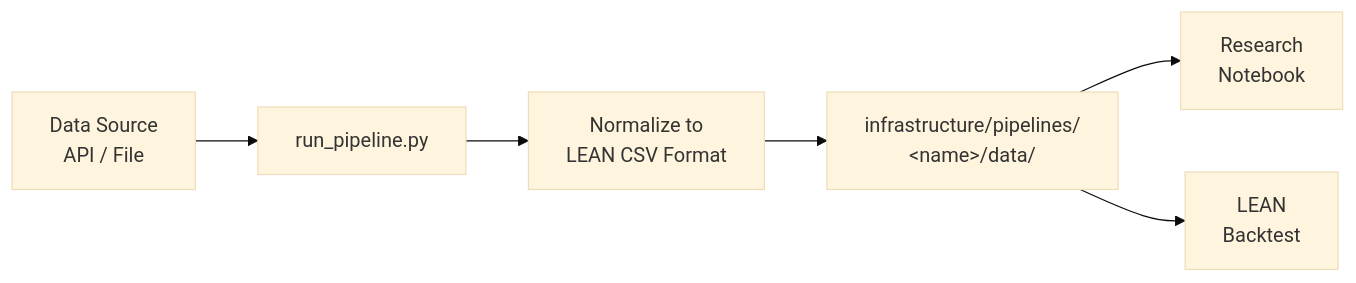
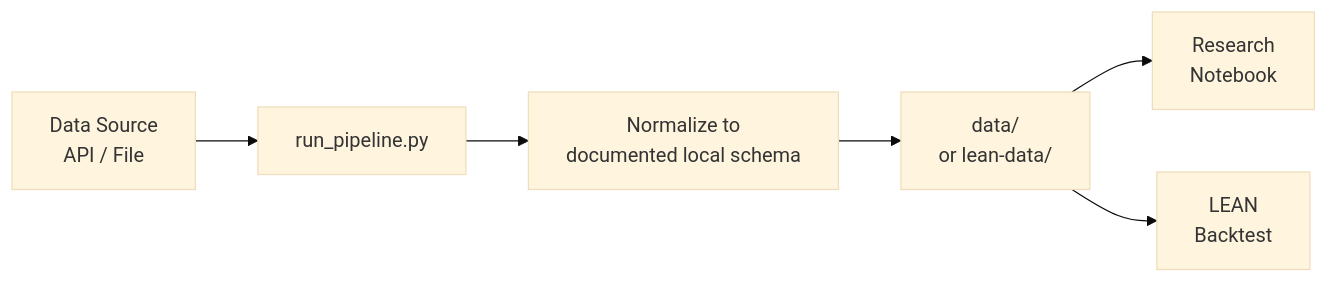
The diagram in docs/pipelines/index.md (WolfpackOfOne/Q-agent), drawn with Mermaid (base theme) before and after one commit. The commit also changed other lines of this file, not shown here.

````diff
--- a/docs/pipelines/index.md
+++ b/docs/pipelines/index.md
@@ -66,8 +74,8 @@
 ```mermaid
 graph LR
     A[Data Source<br/>API / File] --> B[run_pipeline.py]
-    B --> C[Normalize to<br/>LEAN CSV Format]
-    C --> D[infrastructure/pipelines/<br/>&lt;name&gt;/data/]
+    B --> C[Normalize to<br/>documented local schema]
+    C --> D[data/<br/>or lean-data/]
     D --> E[Research<br/>Notebook]
     D --> F[LEAN<br/>Backtest]
 ```
````
